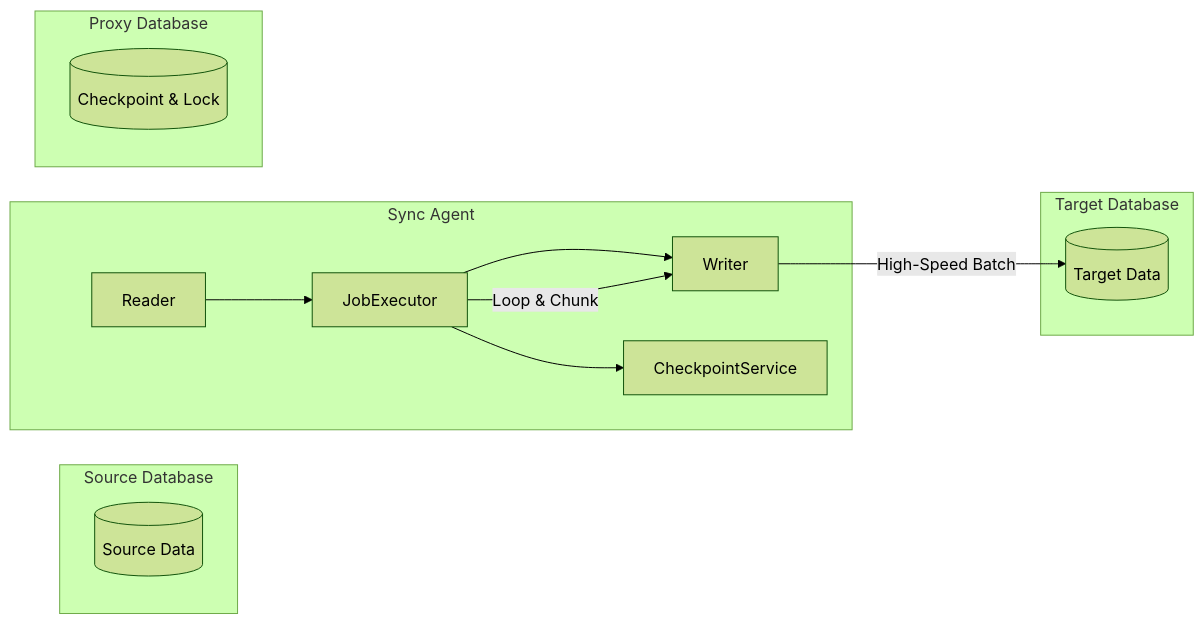
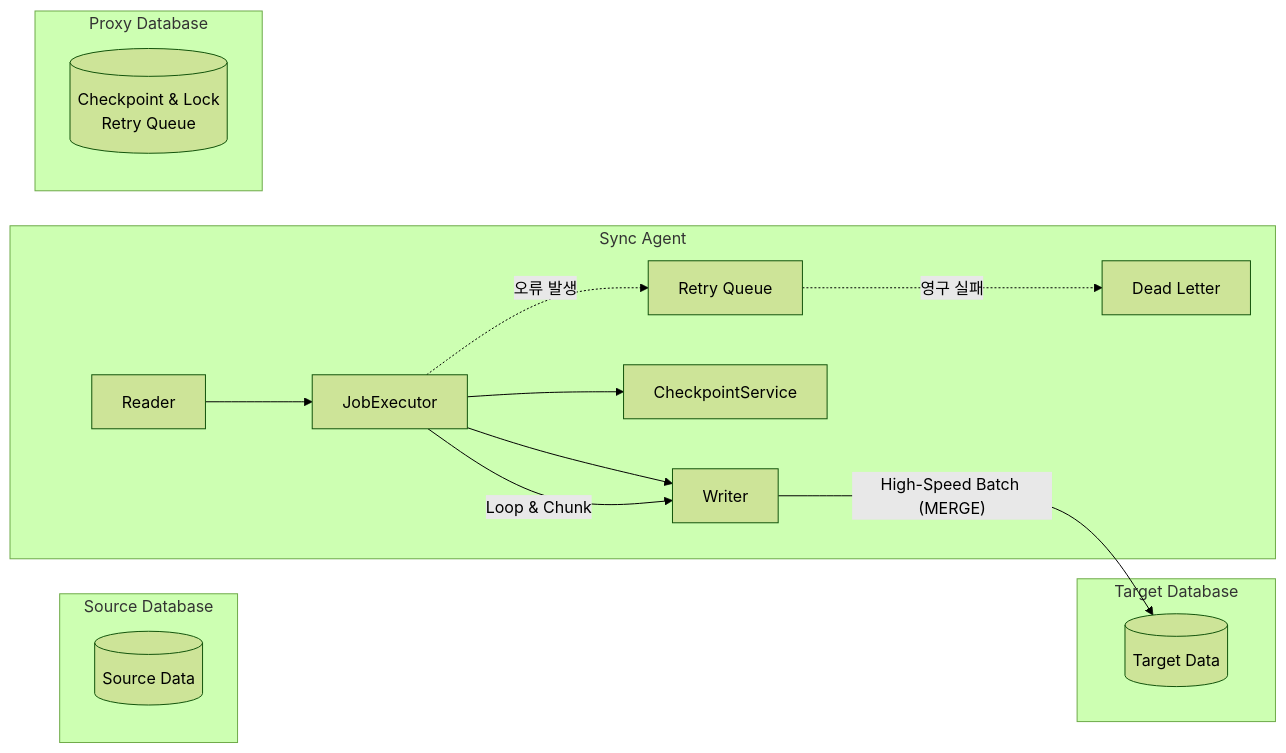
One commit to redbean88/oracle-sync-agent changed the diagram in README.md. Above: the diagram before and after it, drawn with Mermaid (forest theme). The commit also changed other lines of this file and 33 other files, not shown here.

````diff
--- a/README.md
+++ b/README.md
@@ -15,20 +17,22 @@
 ```mermaid
 graph LR
     subgraph "Source Database"
         S[(Source Data)]
     end
     subgraph "Sync Agent"
         R[Reader] --> E[JobExecutor]
         E --> W[Writer]
         E --> C[CheckpointService]
+        E -. 오류 발생 .-> RQ[Retry Queue]
+        RQ -. 영구 실패 .-> DLQ[Dead Letter]
     end
     subgraph "Proxy Database"
-        P[(Checkpoint & Lock)]
+        P[(Checkpoint & Lock\nRetry Queue)]
     end
     subgraph "Target Database"
         T[(Target Data)]
     end
     
     E -- "Loop & Chunk" --> W
-    W -- "High-Speed Batch" --> T
+    W -- "High-Speed Batch (MERGE)" --> T
 ```
````
